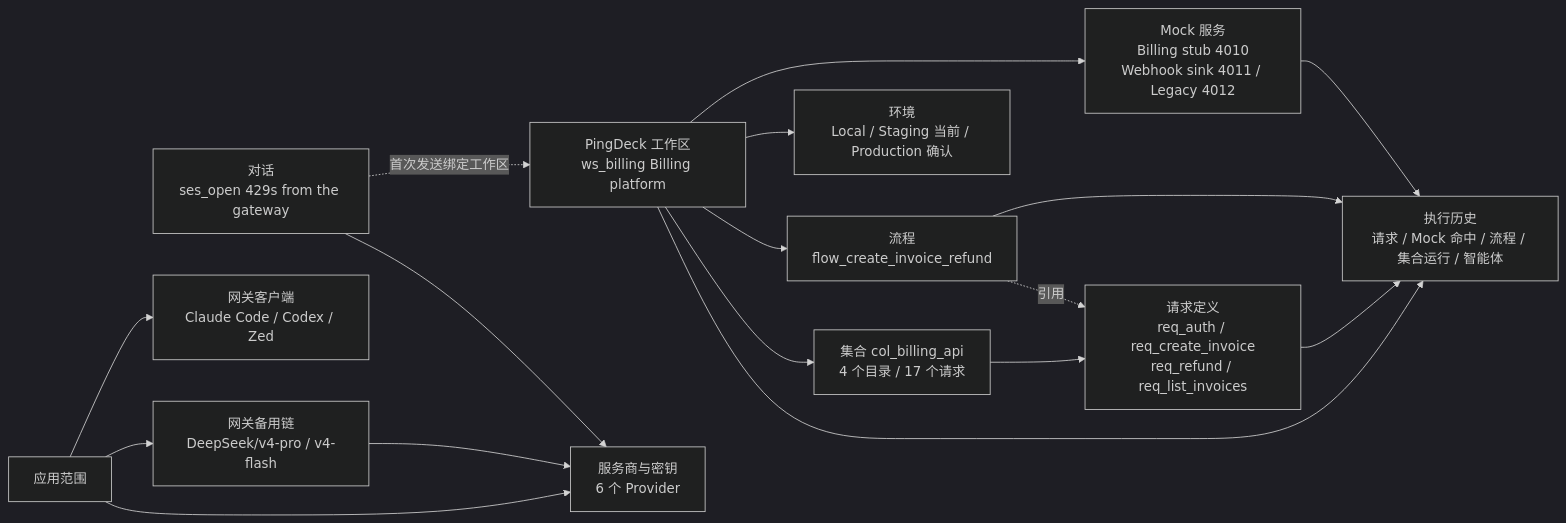
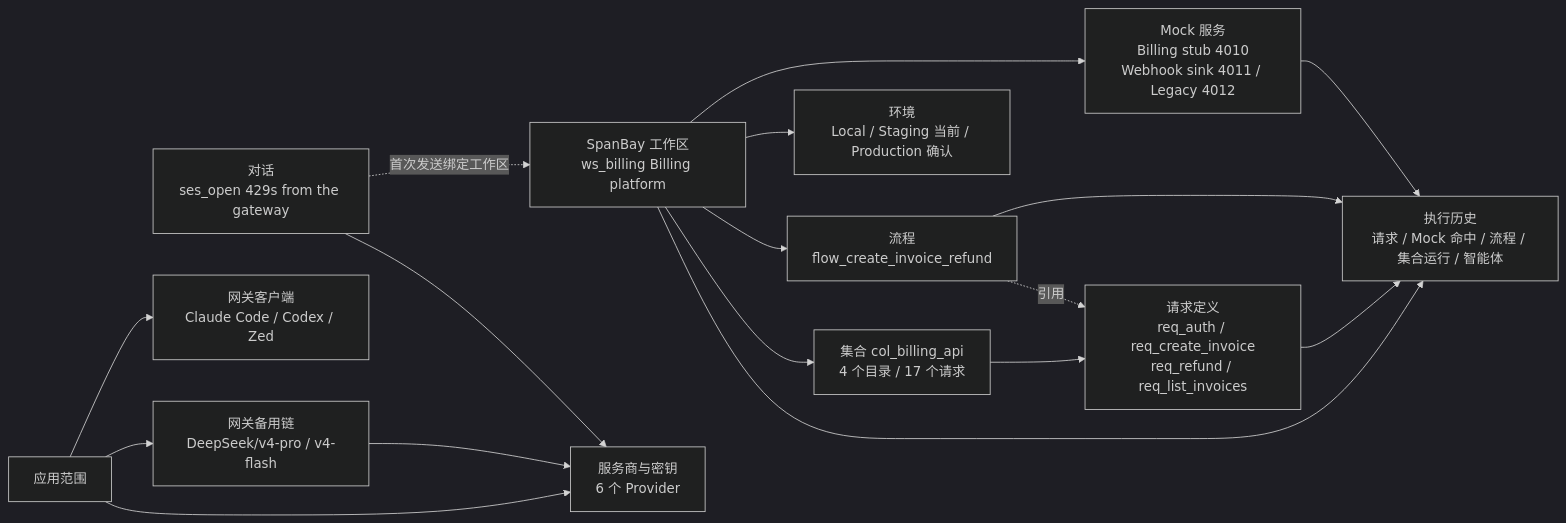
Before and after one commit to LiangLliu/PingDeck: the diagram in docs/design/content-bible.md, drawn with Mermaid (dark theme). The commit also changed other lines of this file and 2307 other files, not shown here.

First line of the commit message:
chore(rename): rebrand PingDeck to SpanBay across workspace, icons, locales, docs, and CI

````diff
--- a/docs/design/content-bible.md
+++ b/docs/design/content-bible.md
@@ -34,19 +34,19 @@
 ```mermaid
 flowchart LR
-  W["PingDeck 工作区<br/>ws_billing Billing platform"] --> C["集合 col_billing_api<br/>4 个目录 / 17 个请求"]
+  W["SpanBay 工作区<br/>ws_billing Billing platform"] --> C["集合 col_billing_api<br/>4 个目录 / 17 个请求"]
   C --> R["请求定义<br/>req_auth / req_create_invoice<br/>req_refund / req_list_invoices"]
   W --> E["环境<br/>Local / Staging 当前 / Production 确认"]
   W --> M["Mock 服务<br/>Billing stub 4010<br/>Webhook sink 4011 / Legacy 4012"]
   W --> FL["流程<br/>flow_create_invoice_refund"]
   W --> H["执行历史<br/>请求 / Mock 命中 / 流程 / 集合运行 / 智能体"]
   FL -. "引用" .-> R
   R --> H
   FL --> H
   M --> H
   APP["应用范围"] --> P["服务商与密钥<br/>6 个 Provider"]
   APP --> FC["网关备用链<br/>DeepSeek/v4-pro / v4-flash"]
   APP --> G["网关客户端<br/>Claude Code / Codex / Zed"]
   FC --> P
   CH["对话<br/>ses_open 429s from the gateway"] -. "首次发送绑定工作区" .-> W
   CH --> P
 ```
````
